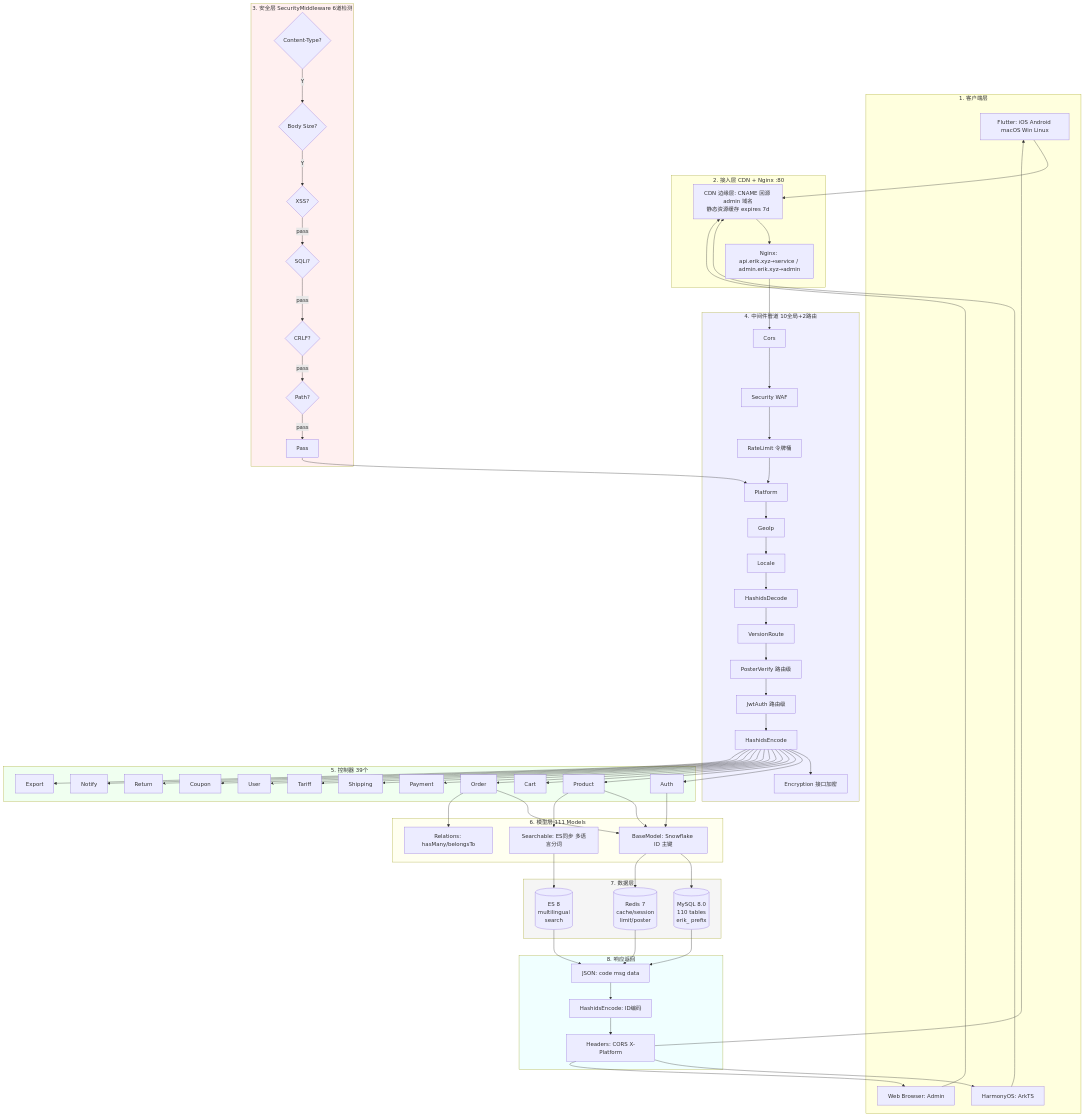
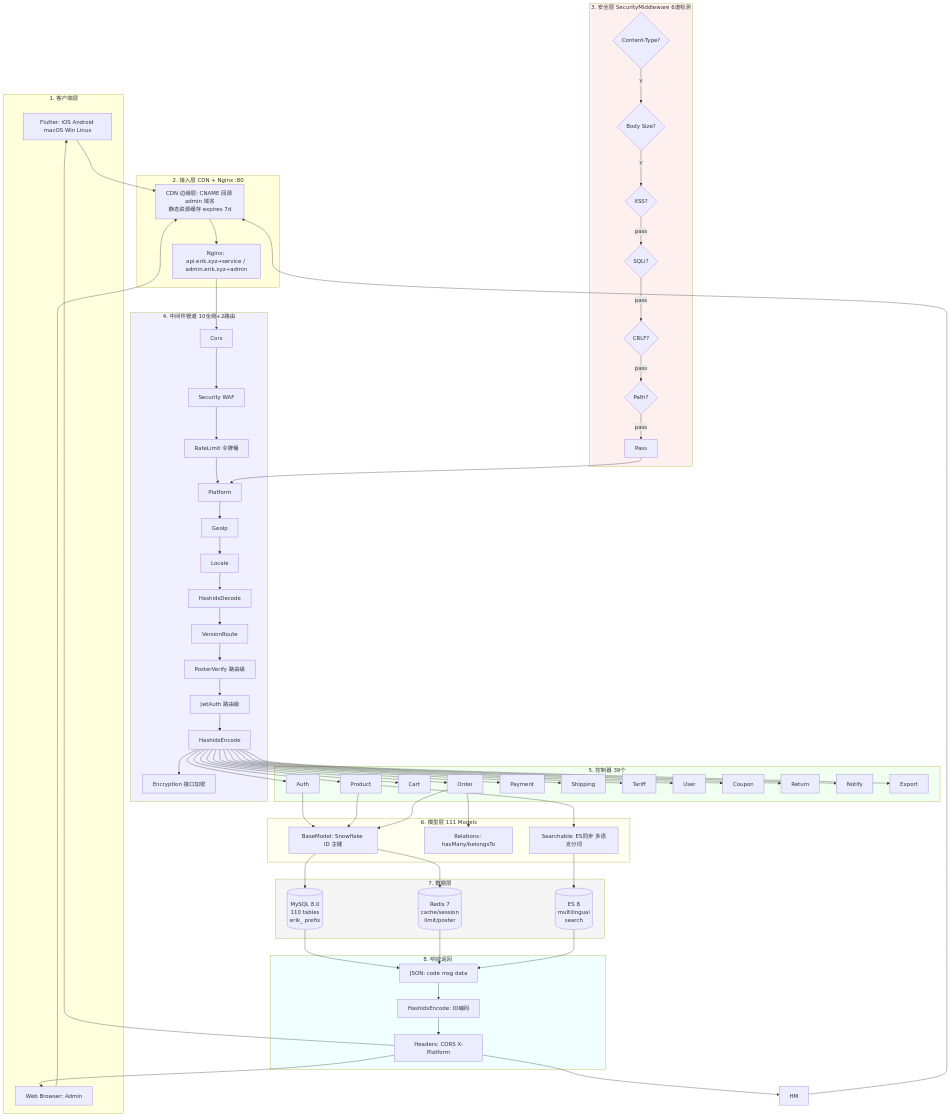
Before and after one commit to erikwang2013/erik-shop: the second of 6 diagrams in docs/architecture-full.md, drawn with Mermaid. The commit also changed other lines of this file and 40 other files, not shown here.

````diff
--- a/docs/architecture-full.md
+++ b/docs/architecture-full.md
@@ -71,74 +69,73 @@
 ```mermaid
 graph TB
     subgraph Clients["1. 客户端层"]
         FL[Flutter: iOS Android macOS Win Linux]
-        HM[HarmonyOS: ArkTS]
         WB[Web Browser: Admin]
     end
     subgraph Gateway["2. 接入层 CDN + Nginx :80"]
         CDN[CDN 边缘层: CNAME 回源 admin 域名<br/>静态资源缓存 expires 7d]
         NG[Nginx: api.erik.xyz→service / admin.erik.xyz→admin]
     end
     subgraph Security["3. 安全层 SecurityMiddleware 6道检测"]
         CT{Content-Type?} -->|Y| BS{Body Size?}
         BS -->|Y| XS{XSS?}
         XS -->|pass| SQ{SQLi?}
         SQ -->|pass| CR{CRLF?}
         CR -->|pass| PT{Path?}
         PT -->|pass| PASS[Pass]
     end
     subgraph Pipeline["4. 中间件管道 10全局+2路由"]
         CORS[Cors] --> SEC[Security WAF]
         SEC --> RATE[RateLimit 令牌桶]
         RATE --> PLAT[Platform]
         PLAT --> GEO[GeoIp]
         GEO --> LOC[Locale]
         LOC --> HDEC[HashidsDecode]
         HDEC --> VER[VersionRoute]
         VER --> POSTV[PosterVerify 路由级]
         POSTV --> JWT[JwtAuth 路由级]
         JWT --> HENC[HashidsEncode]
         HENC --> ENC[Encryption 接口加密]
     end
     subgraph Controllers["5. 控制器 39个"]
         AUTH[Auth] & PROD[Product] & CART[Cart]
         ORD[Order] & PAY[Payment] & SHIP[Shipping]
         TARI[Tariff] & USER[User] & COUP[Coupon]
         RET[Return] & NOTI[Notify] & EXPORT[Export]
     end
     subgraph Models["6. 模型层 111 Models"]
         BM[BaseModel: Snowflake ID 主键]
         REL[Relations: hasMany/belongsTo]
         SRCH[Searchable: ES同步 多语言分词]
     end
     subgraph Data["7. 数据层"]
         MySQL[(MySQL 8.0<br/>110 tables<br/>erik_ prefix)]
         Redis[(Redis 7<br/>cache/session<br/>limit/poster)]
         ES[(ES 8<br/>multilingual<br/>search)]
     end
     subgraph Response["8. 响应返回"]
         JSON[JSON: code msg data]
         OUTENC[HashidsEncode: ID编码]
         HEADERS[Headers: CORS X-Platform]
     end
 
     FL & HM & WB --> CDN --> NG
     NG --> CORS
     PASS --> PLAT
     HENC --> AUTH & PROD & CART & ORD & PAY & SHIP & TARI & USER & COUP & RET & NOTI & EXPORT
     AUTH & PROD & ORD --> BM
     ORD --> REL
     PROD --> SRCH
     BM --> MySQL & Redis
     SRCH --> ES
     MySQL & Redis & ES --> JSON
     JSON --> OUTENC --> HEADERS
     HEADERS --> FL & HM & WB
 
     style Security fill:#fff0f0
     style Pipeline fill:#f0f0ff
     style Controllers fill:#f0fff0
     style Models fill:#fffff0
     style Data fill:#f5f5f5
     style Response fill:#f0ffff
 ```
````
